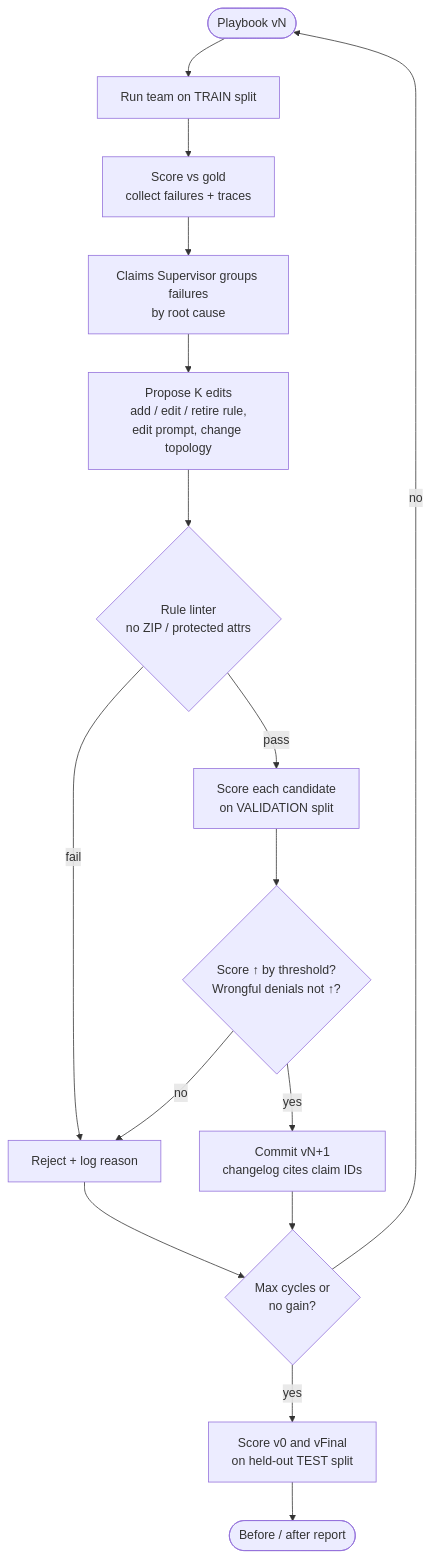
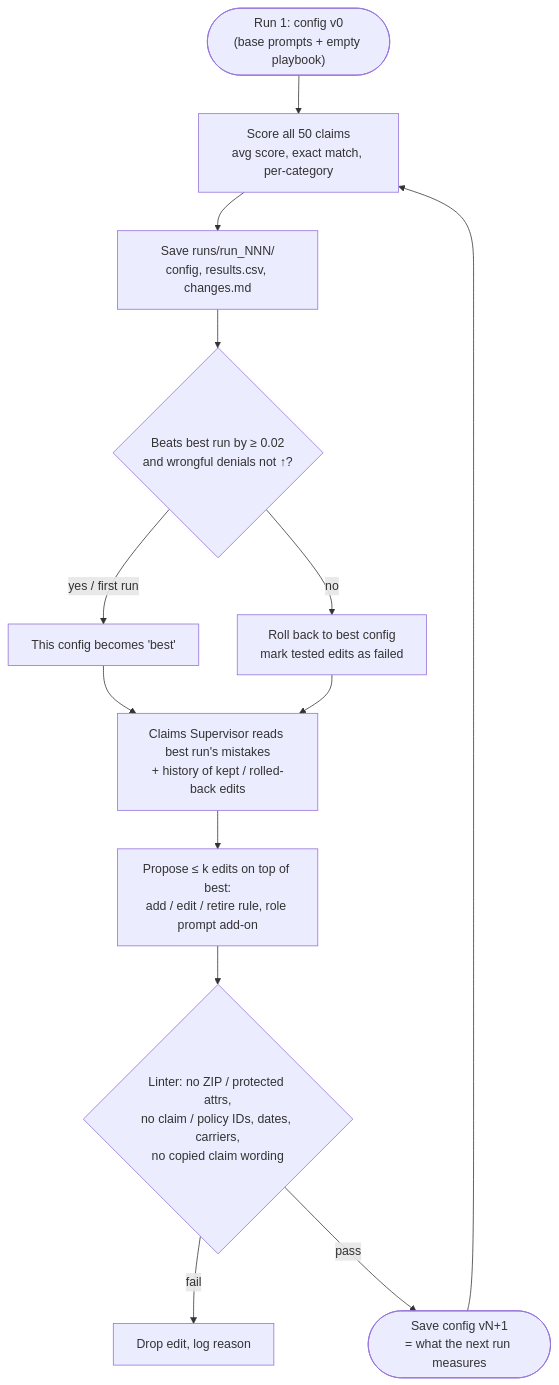
The third of 4 diagrams in architecture.md (knatarasan/agent-team-crusoe), drawn with Mermaid before and after one commit. The commit also changed other lines of this file and 17 other files, not shown here.

Commit message:
The flow changes included for improvising each run .

````diff
--- a/architecture.md
+++ b/architecture.md
@@ -67,18 +69,15 @@
 ```mermaid
 flowchart TB
-    START(["Playbook vN"]) --> RUN["Run team on TRAIN split"]
-    RUN --> SCORE["Score vs gold<br/>collect failures + traces"]
-    SCORE --> REFLECT["Claims Supervisor groups failures<br/>by root cause"]
-    REFLECT --> PROPOSE["Propose K edits<br/>add / edit / retire rule,<br/>edit prompt, change topology"]
-    PROPOSE --> LINT{"Rule linter<br/>no ZIP / protected attrs"}
-    LINT -->|fail| DROP["Reject + log reason"]
-    LINT -->|pass| VAL["Score each candidate<br/>on VALIDATION split"]
-    VAL --> GATE{"Score ↑ by threshold?<br/>Wrongful denials not ↑?"}
-    GATE -->|no| DROP
-    GATE -->|yes| COMMIT["Commit vN+1<br/>changelog cites claim IDs"]
-    COMMIT --> STOP{"Max cycles or<br/>no gain?"}
-    DROP --> STOP
-    STOP -->|no| START
-    STOP -->|yes| TEST["Score v0 and vFinal<br/>on held-out TEST split"]
-    TEST --> PROOF(["Before / after report"])
+    R0(["Run 1: config v0<br/>(base prompts + empty playbook)"]) --> EVAL["Score all 50 claims<br/>avg score, exact match, per-category"]
+    EVAL --> SAVE["Save runs/run_NNN/<br/>config, results.csv, changes.md"]
+    SAVE --> CMP{"Beats best run by ≥ 0.02<br/>and wrongful denials not ↑?"}
+    CMP -->|yes / first run| KEEP["This config becomes 'best'"]
+    CMP -->|no| ROLL["Roll back to best config<br/>mark tested edits as failed"]
+    KEEP --> SUP["Claims Supervisor reads best run's mistakes<br/>+ history of kept / rolled-back edits"]
+    ROLL --> SUP
+    SUP --> EDIT["Propose ≤ k edits on top of best:<br/>add / edit / retire rule, role prompt add-on"]
+    EDIT --> LINT{"Linter: no ZIP / protected attrs,<br/>no claim / policy IDs, dates, carriers,<br/>no copied claim wording"}
+    LINT -->|fail| DROP["Drop edit, log reason"]
+    LINT -->|pass| NEXT(["Save config vN+1<br/>= what the next run measures"])
+    NEXT --> EVAL
 ```
````
